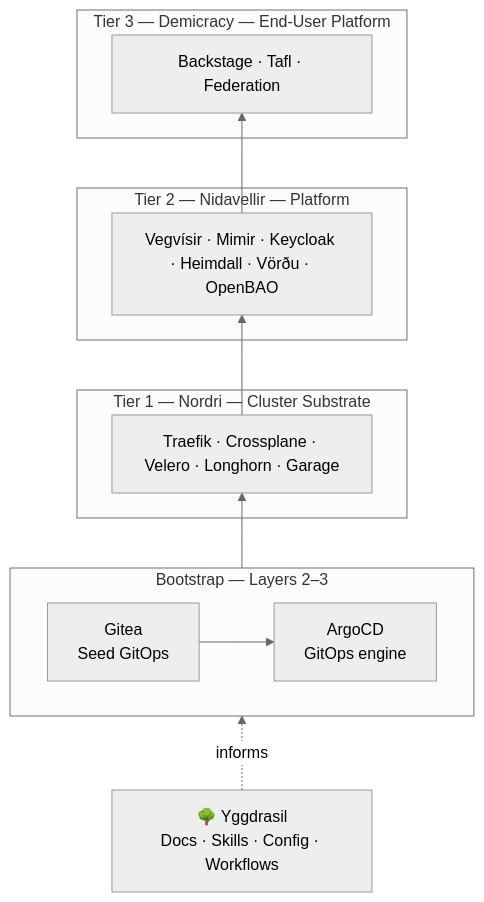
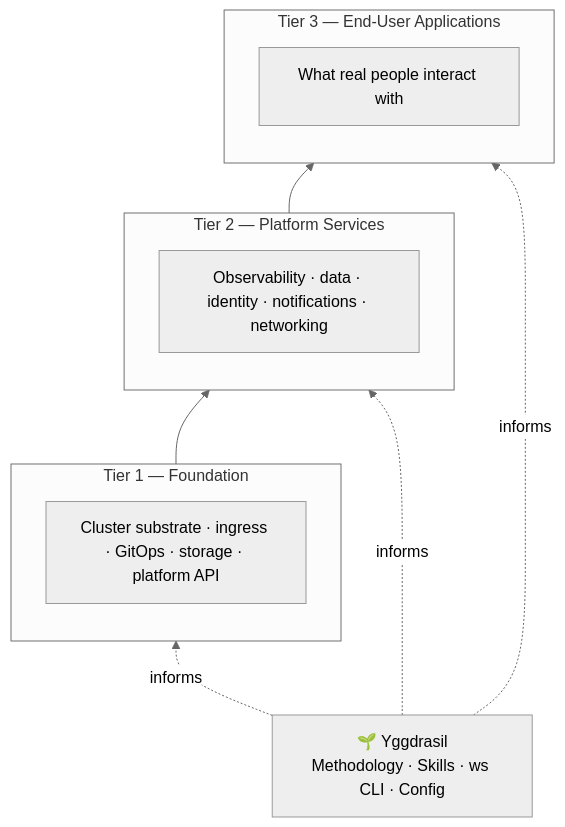
Before and after one commit to SiliconSaga/yggdrasil: the diagram in docs/ecosystem-architecture.md, drawn with Mermaid (neutral theme). The commit also changed other lines of this file, not shown here.

First line of the commit message:
docs: rewrite ecosystem-architecture.md to be GDD-generic (history note + 3-tier model + workspace structure)

````diff
--- a/docs/ecosystem-architecture.md
+++ b/docs/ecosystem-architecture.md
@@ -16,26 +17,22 @@
 ```mermaid
 graph BT
-    YGG["🌳 Yggdrasil<br/>Docs · Skills · Config · Workflows"]
+    YGG["🌱 Yggdrasil<br/>Methodology · Skills · ws CLI · Config"]
 
-    subgraph BOOT["Bootstrap — Layers 2–3"]
-        direction LR
-        GITEA["Gitea<br/>Seed GitOps"] --> ARGO["ArgoCD<br/>GitOps engine"]
+    subgraph T1["Tier 1 — Foundation"]
+        F["Cluster substrate · ingress · GitOps · storage · platform API"]
     end
 
-    subgraph NORDRI["Tier 1 — Nordri — Cluster Substrate"]
-        N["Traefik · Crossplane · Velero · Longhorn · Garage"]
+    subgraph T2["Tier 2 — Platform Services"]
+        P["Observability · data · identity · notifications · networking"]
     end
 
-    subgraph NIDAVELLIR["Tier 2 — Nidavellir — Platform"]
-        P["Vegvísir · Mimir · Keycloak · Heimdall · Vörðu · OpenBAO"]
+    subgraph T3["Tier 3 — End-User Applications"]
+        A["What real people interact with"]
     end
 
-    subgraph DEMICRACY["Tier 3 — Demicracy — End-User Platform"]
-        D["Backstage · Tafl · Federation"]
-    end
-
-    ARGO --> N
-    N --> P
-    P --> D
-    YGG -. "informs" .-> ARGO
+    T1 --> T2
+    T2 --> T3
+    YGG -. "informs" .-> T1
+    YGG -. "informs" .-> T2
+    YGG -. "informs" .-> T3
 ```
````
